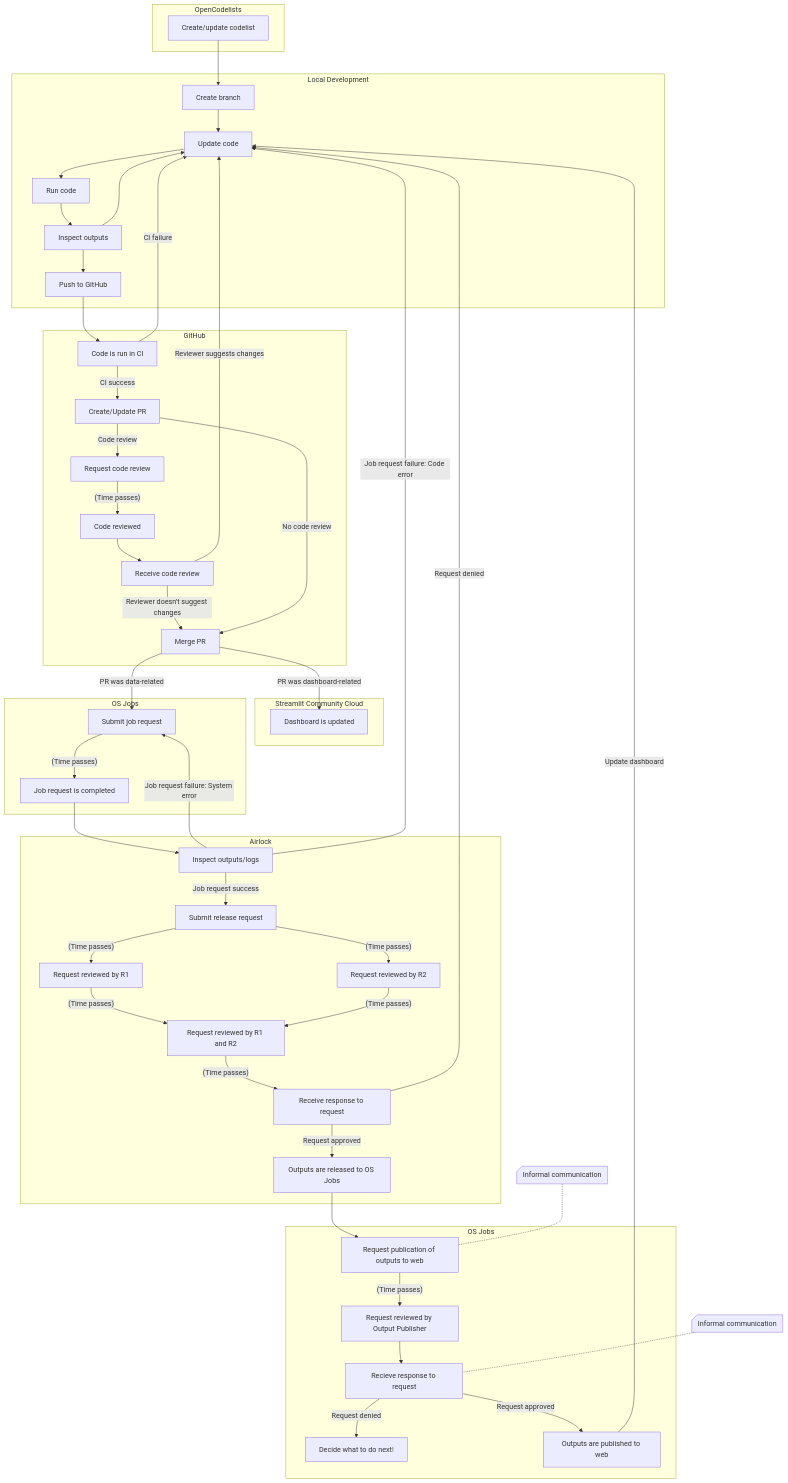
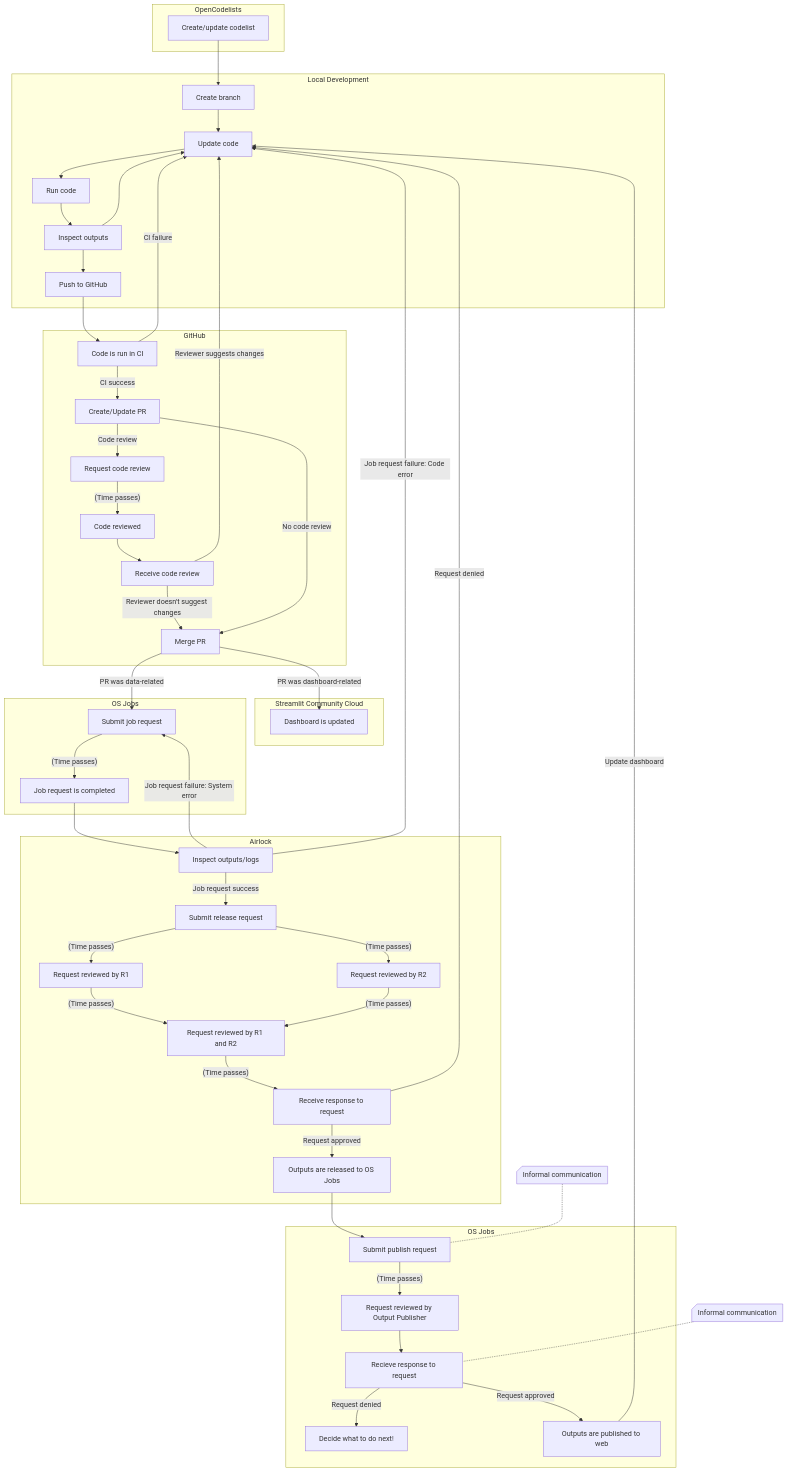
Before and after one commit to opensafely/open-pathology: the diagram in docs/walking_skeleton.md, drawn with Mermaid.

Commit message:
`request_publication` -> `submit_publish_request`

````diff
--- a/docs/walking_skeleton.md
+++ b/docs/walking_skeleton.md
@@ -3,56 +3,56 @@
 ```mermaid
 flowchart TD
     subgraph Local Development
     create_branch[Create branch] --> update_locally[Update code]
     update_locally --> run_locally[Run code]
     run_locally --> inspect_locally[Inspect outputs]
     inspect_locally --> update_locally
     inspect_locally --> push_to_gh[Push to GitHub]
     end
     subgraph OpenCodelists
     create_codelist[Create/update codelist] --> create_branch
     end
     subgraph GitHub
     push_to_gh --> run_ci[Code is run in CI]
     run_ci -->|CI failure| update_locally
     run_ci -->|CI success| create_pr[Create/Update PR]
     create_pr -->|Code review| request_code_review[Request code review]
     request_code_review -->|"(Time passes)"| code_reviewed[Code reviewed]
     code_reviewed --> receive_code_review[Receive code review]
     receive_code_review -->|Reviewer suggests changes| update_locally
     receive_code_review -->|Reviewer doesn't suggest changes| merge_pr[Merge PR]
     create_pr -->|No code review| merge_pr
     end
     subgraph Streamlit Community Cloud
     merge_pr -->|PR was dashboard-related| end_1[Dashboard is updated]
     end
     subgraph OS Jobs
     merge_pr -->|PR was data-related| submit_job_request[Submit job request]
     submit_job_request -->|"(Time passes)"| job_request_completed[Job request is completed]
     end
     subgraph Airlock
     job_request_completed --> inspect_l4[Inspect outputs/logs]
     inspect_l4 -->|Job request failure: System error| submit_job_request
     inspect_l4 -->|Job request failure: Code error| update_locally
     inspect_l4 -->|Job request success| submit_release_request[Submit release request]
     submit_release_request -->|"(Time passes)"| reviewed_r1[Request reviewed by R1]
     submit_release_request -->|"(Time passes)"| reviewed_r2[Request reviewed by R2]
     reviewed_r1 -->|"(Time passes)"| reviewed_r1_r2[Request reviewed by R1 and R2]
     reviewed_r2 -->|"(Time passes)"| reviewed_r1_r2
     reviewed_r1_r2 -->|"(Time passes)"| receive_response[Receive response to request]
     receive_response -->|Request approved| outputs_released[Outputs are released to OS Jobs]
     receive_response -->|Request denied| update_locally
     end
     subgraph OS Jobs
-    outputs_released --> request_publication[Request publication of outputs to web]
-    request_publication -->|"(Time passes)"| reviewed_r3[Request reviewed by Output Publisher]
+    outputs_released --> submit_publish_request[Submit publish request]
+    submit_publish_request -->|"(Time passes)"| reviewed_r3[Request reviewed by Output Publisher]
     reviewed_r3 --> receive_publication_response[Recieve response to request]
     receive_publication_response -->|Request denied| end_2[Decide what to do next!]
     receive_publication_response -->|Request approved| outputs_published[Outputs are published to web]
     end
     outputs_published -->|Update dashboard| update_locally
     note_1@{shape: notch-rect, label: "Informal communication"}
-    note_1 -.- request_publication
+    note_1 -.- submit_publish_request
     note_2@{shape: notch-rect, label: "Informal communication"}
     note_2 -.- receive_publication_response
 ```
````
